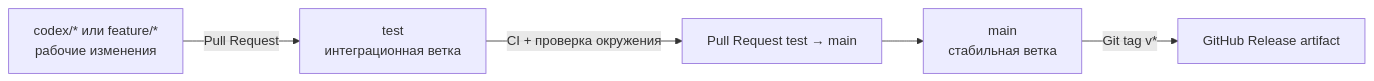
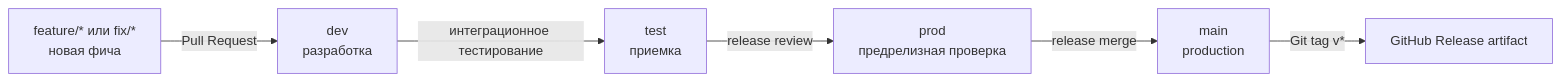
One commit to Gotrik1/rag_llm changed the diagram in BRANCHING.md. Above: the diagram before and after it, drawn with Mermaid. The commit also changed other lines of this file and 1 other file, not shown here.

Commit message:
Define dev test prod main branch flow

````diff
--- a/BRANCHING.md
+++ b/BRANCHING.md
@@ -5,7 +5,8 @@
 ```mermaid
 flowchart LR
-    F["codex/* или feature/*<br/>рабочие изменения"] -->|"Pull Request"| T["test<br/>интеграционная ветка"]
-    T -->|"CI + проверка окружения"| P["Pull Request test → main"]
-    P --> M["main<br/>стабильная ветка"]
+    F["feature/* или fix/*<br/>новая фича"] -->|"Pull Request"| D["dev<br/>разработка"]
+    D -->|"интеграционное тестирование"| T["test<br/>приемка"]
+    T -->|"release review"| P["prod<br/>предрелизная проверка"]
+    P -->|"release merge"| M["main<br/>production"]
     M -->|"Git tag v*"| R["GitHub Release artifact"]
 ```
````
